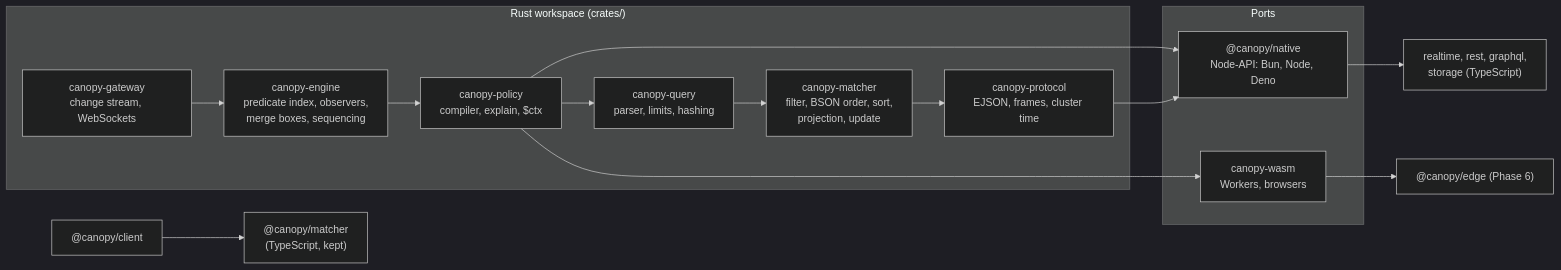
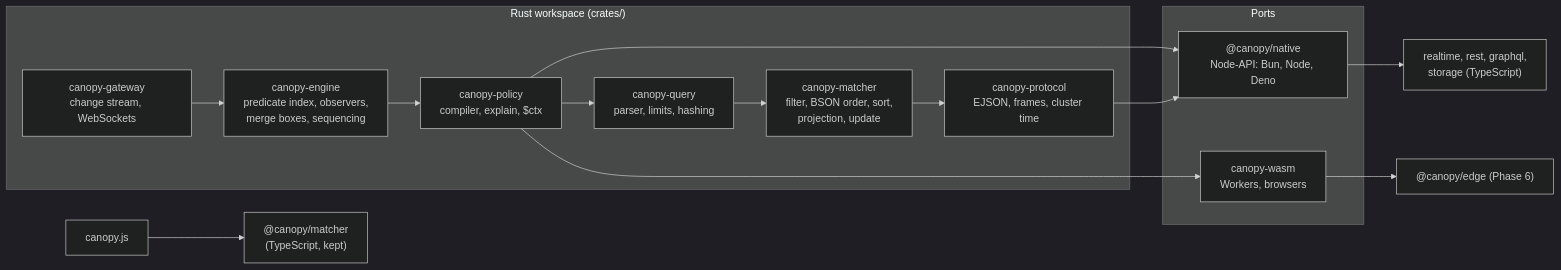
Before and after one commit to FlazexHQ/Canopy: the diagram in docs/plan/14-native-core.md, drawn with Mermaid (dark theme). The commit also changed 384 other files, not shown here.

````diff
--- a/docs/plan/14-native-core.md
+++ b/docs/plan/14-native-core.md
@@ -67,26 +67,26 @@
 ```mermaid
 flowchart LR
   subgraph Crates["Rust workspace (crates/)"]
     PR["canopy-protocol<br/>EJSON, frames, cluster time"]
     MA["canopy-matcher<br/>filter, BSON order, sort,<br/>projection, update"]
     QU["canopy-query<br/>parser, limits, hashing"]
     PO["canopy-policy<br/>compiler, explain, $ctx"]
     EN["canopy-engine<br/>predicate index, observers,<br/>merge boxes, sequencing"]
     GW["canopy-gateway<br/>change stream, WebSockets"]
     MA --> PR
     QU --> MA
     PO --> QU
     EN --> PO
     GW --> EN
   end
   subgraph Ports["Ports"]
     NAPI["@canopy/native<br/>Node-API: Bun, Node, Deno"]
     WASM["canopy-wasm<br/>Workers, browsers"]
   end
   PO --> NAPI
   PR --> NAPI
   PO --> WASM
   NAPI --> TS["realtime, rest, graphql,<br/>storage (TypeScript)"]
   WASM --> EDGE["@canopy/edge (Phase 6)"]
-  CL["@canopy/client"] --> TSM["@canopy/matcher<br/>(TypeScript, kept)"]
+  CL["canopy.js"] --> TSM["@canopy/matcher<br/>(TypeScript, kept)"]
 ```
````
